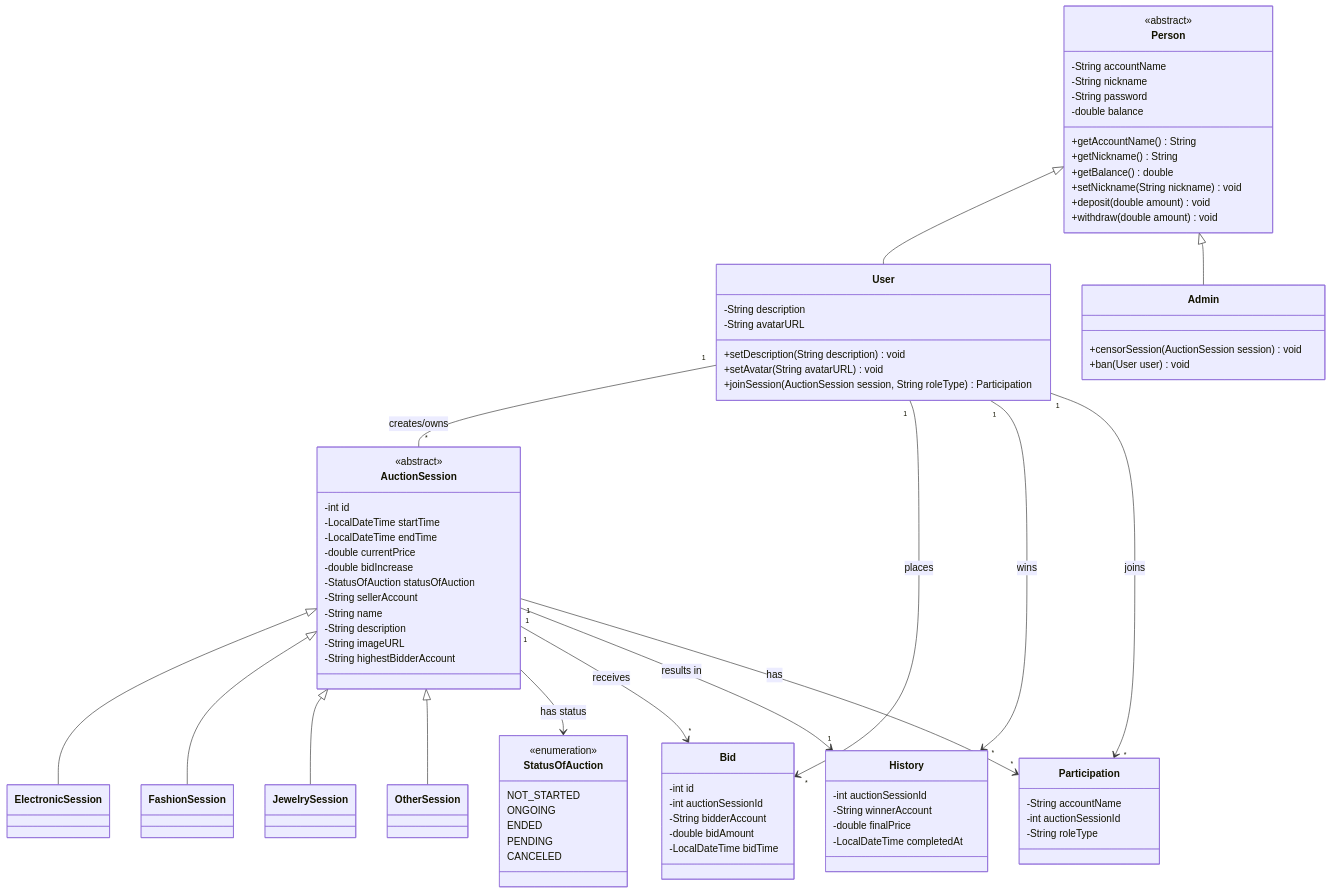
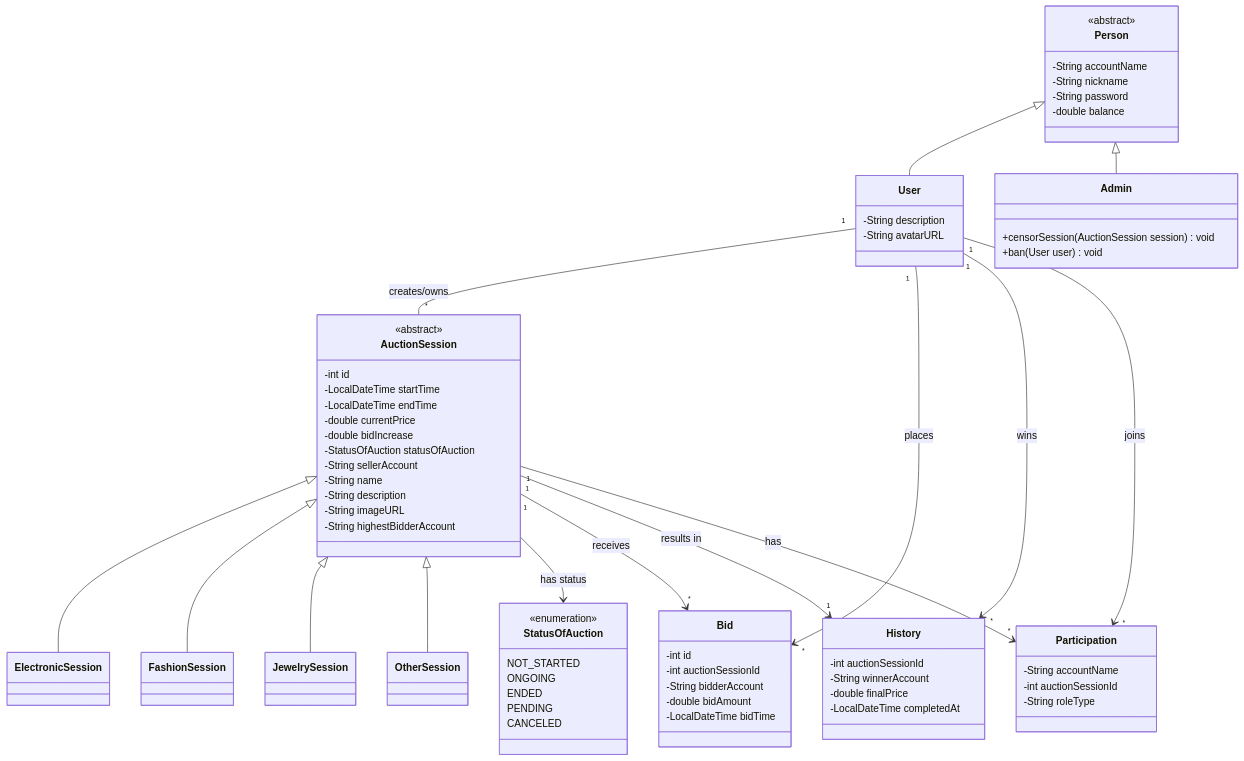
The first of 3 diagrams in README.md (phudeptraibodoithe/Bai-tap-lon-nhom-6), drawn with Mermaid before and after one commit. The commit also changed other lines of this file, not shown here.

```diff
--- a/README.md
+++ b/README.md
@@ -43,20 +43,11 @@
         -String nickname
         -String password
         -double balance
-        +getAccountName() String
-        +getNickname() String
-        +getBalance() double
-        +setNickname(String nickname) void
-        +deposit(double amount) void
-        +withdraw(double amount) void
     }
 
     class User {
         -String description
         -String avatarURL
-        +setDescription(String description) void
-        +setAvatar(String avatarURL) void
-        +joinSession(AuctionSession session, String roleType) Participation
     }
 
     class Admin {
@@ -67,7 +58,6 @@
     Person <|-- User
     Person <|-- Admin
 
-    %% --- PHẦN ENTITY CỐT LÕI Đ ĐÃ SỬA ---
     class AuctionSession {
         <<abstract>>
         -int id
```
